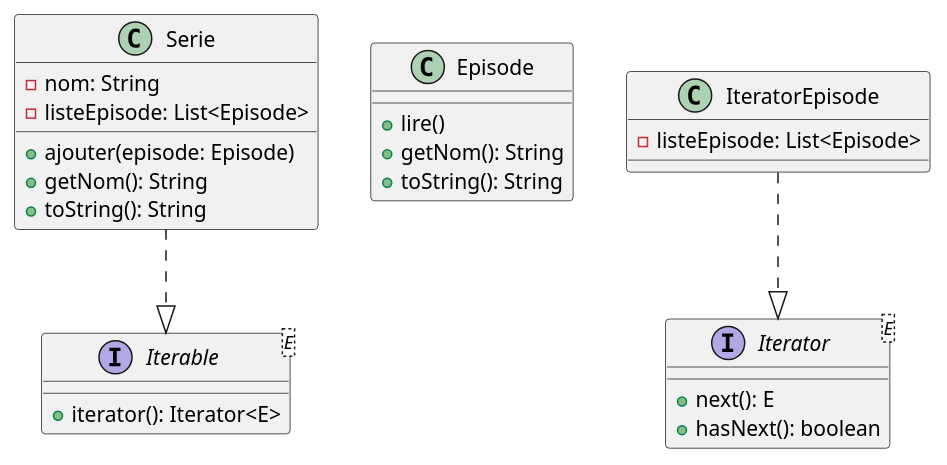
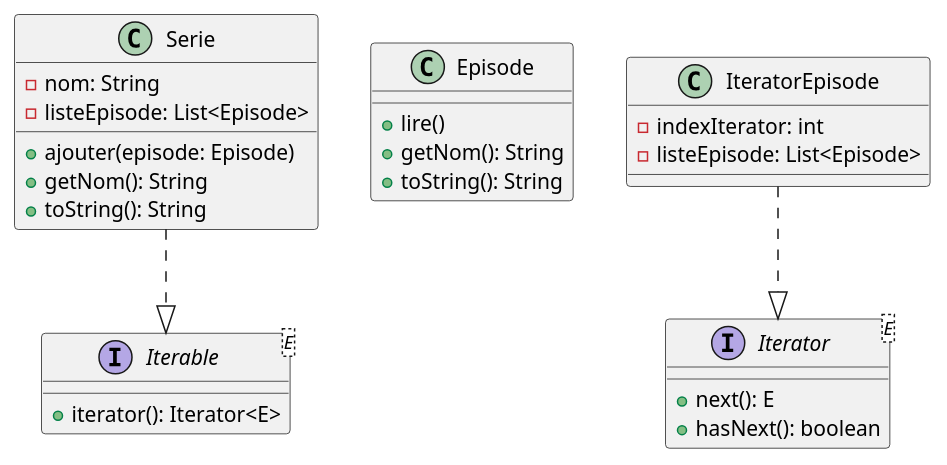
The diagram in src/uml/iterable.puml (jandry/design-pattern), drawn with PlantUML before and after one commit. The commit also changed 2 other files, not shown here.

```diff
--- a/src/uml/iterable.puml
+++ b/src/uml/iterable.puml
@@ -1,34 +1,35 @@
 @startuml Iterator
 
 class Serie {
     - nom: String
     - listeEpisode: List<Episode>
     + ajouter(episode: Episode)
     + getNom(): String
     + toString(): String
 }
 
 class Episode {
     + lire()
     + getNom(): String
     + toString(): String
 }
 
 class IteratorEpisode {
+    - indexIterator: int
     - listeEpisode: List<Episode>
 }
 
 interface Iterator<E> {
     + next(): E
     + hasNext(): boolean
 }
 
 interface Iterable<E> {
     + iterator(): Iterator<E>
 }
 
 Serie..|>Iterable
 
 IteratorEpisode..|>Iterator
 
 @enduml
```
